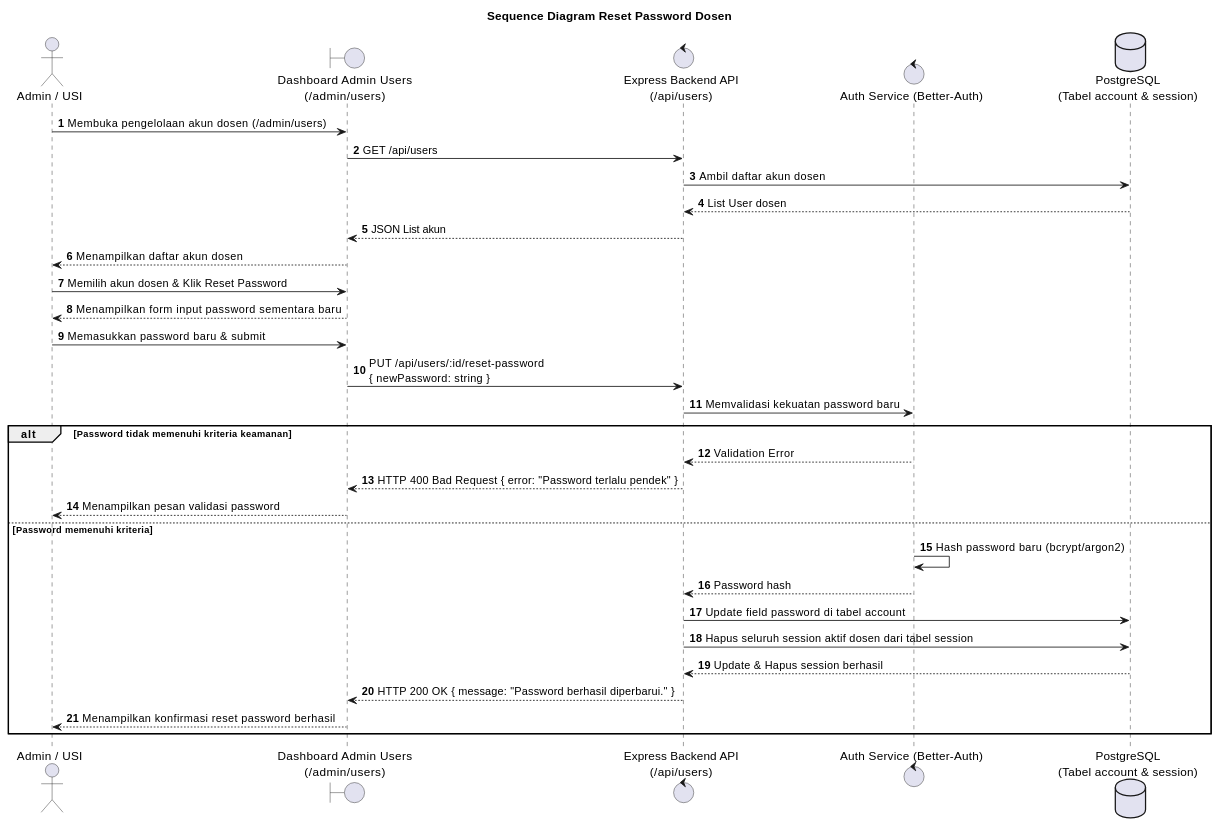
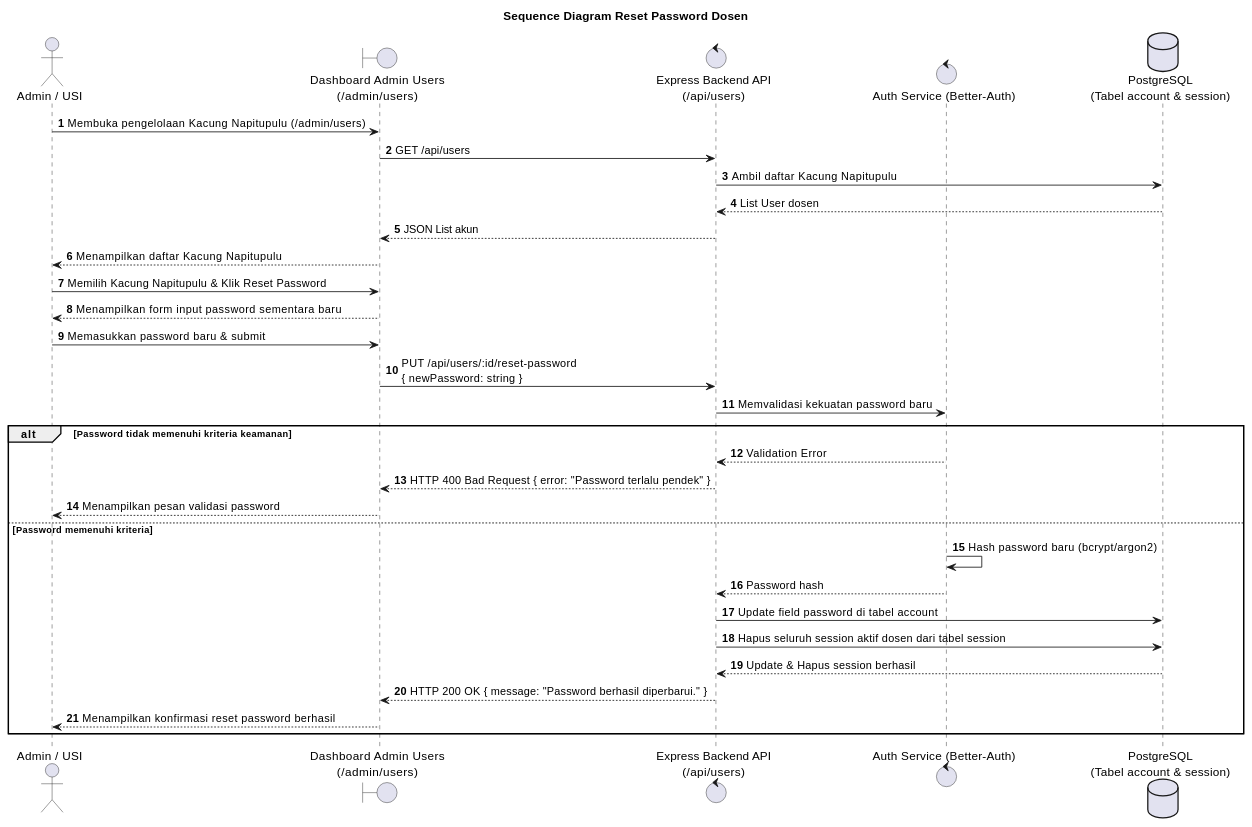
Before and after one commit to Badru9/chatbot: the diagram in uml/reset_password_sequence.md, drawn with PlantUML. The commit also changed 33 other files, not shown here.

````diff
--- a/uml/reset_password_sequence.md
+++ b/uml/reset_password_sequence.md
@@ -5,48 +5,48 @@
 ```plantuml
 @startuml
 title Sequence Diagram Reset Password Dosen
 
 autonumber
 skinparam shadowing false
 
 actor "Admin / USI" as Admin
 boundary "Dashboard Admin Users\n(/admin/users)" as UI
 control "Express Backend API\n(/api/users)" as API
 control "Auth Service (Better-Auth)" as Auth
 database "PostgreSQL\n(Tabel account & session)" as DB
 
-Admin -> UI : Membuka pengelolaan akun dosen (/admin/users)
+Admin -> UI : Membuka pengelolaan Kacung Napitupulu (/admin/users)
 UI -> API : GET /api/users
-API -> DB : Ambil daftar akun dosen
+API -> DB : Ambil daftar Kacung Napitupulu
 DB --> API : List User dosen
 API --> UI : JSON List akun
-UI --> Admin : Menampilkan daftar akun dosen
+UI --> Admin : Menampilkan daftar Kacung Napitupulu
 
-Admin -> UI : Memilih akun dosen & Klik Reset Password
+Admin -> UI : Memilih Kacung Napitupulu & Klik Reset Password
 UI --> Admin : Menampilkan form input password sementara baru
 Admin -> UI : Memasukkan password baru & submit
 UI -> API : PUT /api/users/:id/reset-password\n{ newPassword: string }
 
 API -> Auth : Memvalidasi kekuatan password baru
 
 alt Password tidak memenuhi kriteria keamanan
 
     Auth --> API : Validation Error
     API --> UI : HTTP 400 Bad Request { error: "Password terlalu pendek" }
     UI --> Admin : Menampilkan pesan validasi password
 
 else Password memenuhi kriteria
 
     Auth -> Auth : Hash password baru (bcrypt/argon2)
     Auth --> API : Password hash
     API -> DB : Update field password di tabel account
     API -> DB : Hapus seluruh session aktif dosen dari tabel session
     DB --> API : Update & Hapus session berhasil
 
     API --> UI : HTTP 200 OK { message: "Password berhasil diperbarui." }
     UI --> Admin : Menampilkan konfirmasi reset password berhasil
 
 end
 
 @enduml
 ```
````
